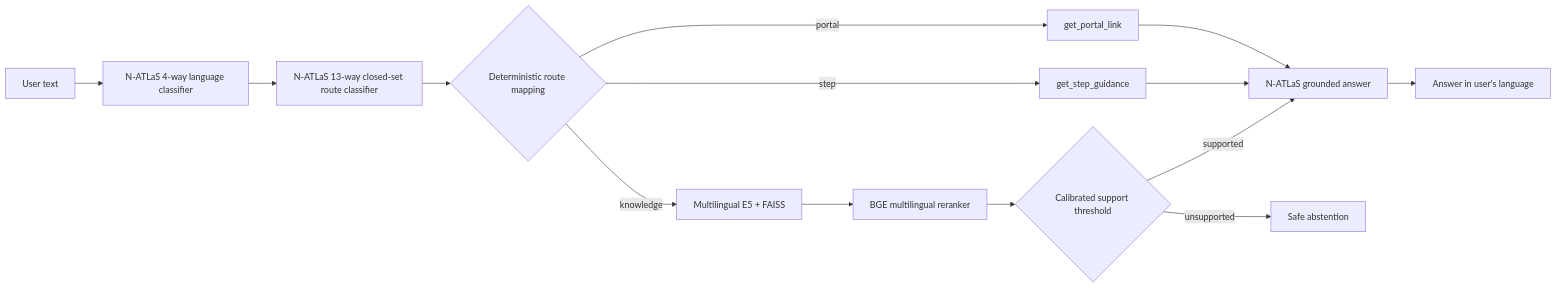
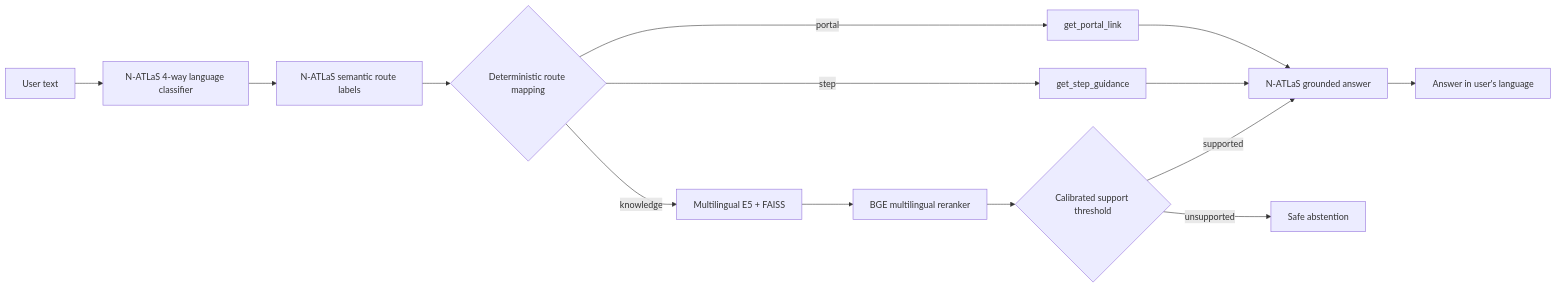
The diagram in README.md (Davemafy/ncair-lms-chatbot2.0), drawn with Mermaid before and after one commit. The commit also changed other lines of this file and 5 other files, not shown here.

Commit message:
Replace opaque route codes with semantic labels

````diff
--- a/README.md
+++ b/README.md
@@ -11,16 +11,16 @@
 ```mermaid
 flowchart LR
     A[User text] --> B[N-ATLaS 4-way language classifier]
-    B --> C[N-ATLaS 13-way closed-set route classifier]
+    B --> C[N-ATLaS semantic route labels]
     C --> D{Deterministic route mapping}
     D -->|portal| E[get_portal_link]
     D -->|step| F[get_step_guidance]
     D -->|knowledge| G[Multilingual E5 + FAISS]
     G --> H[BGE multilingual reranker]
     H --> I{Calibrated support threshold}
     I -->|supported| J[N-ATLaS grounded answer]
     I -->|unsupported| K[Safe abstention]
     E --> J
     F --> J
     J --> L[Answer in user's language]
 ```
````
